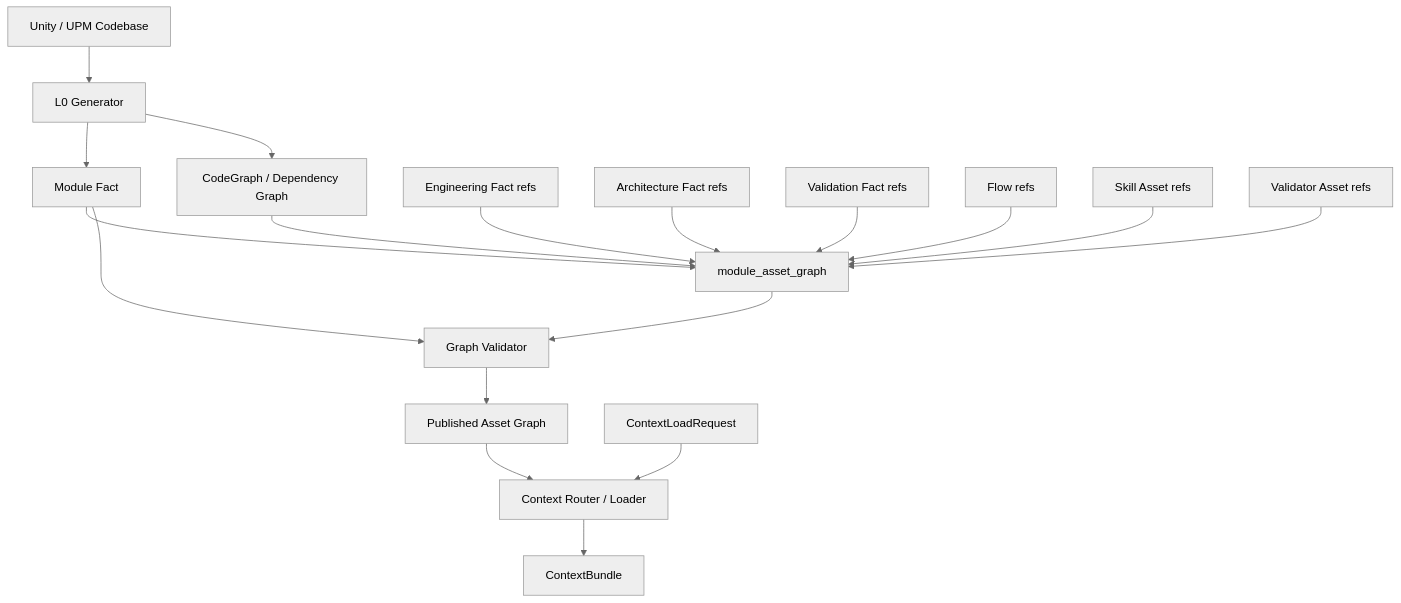
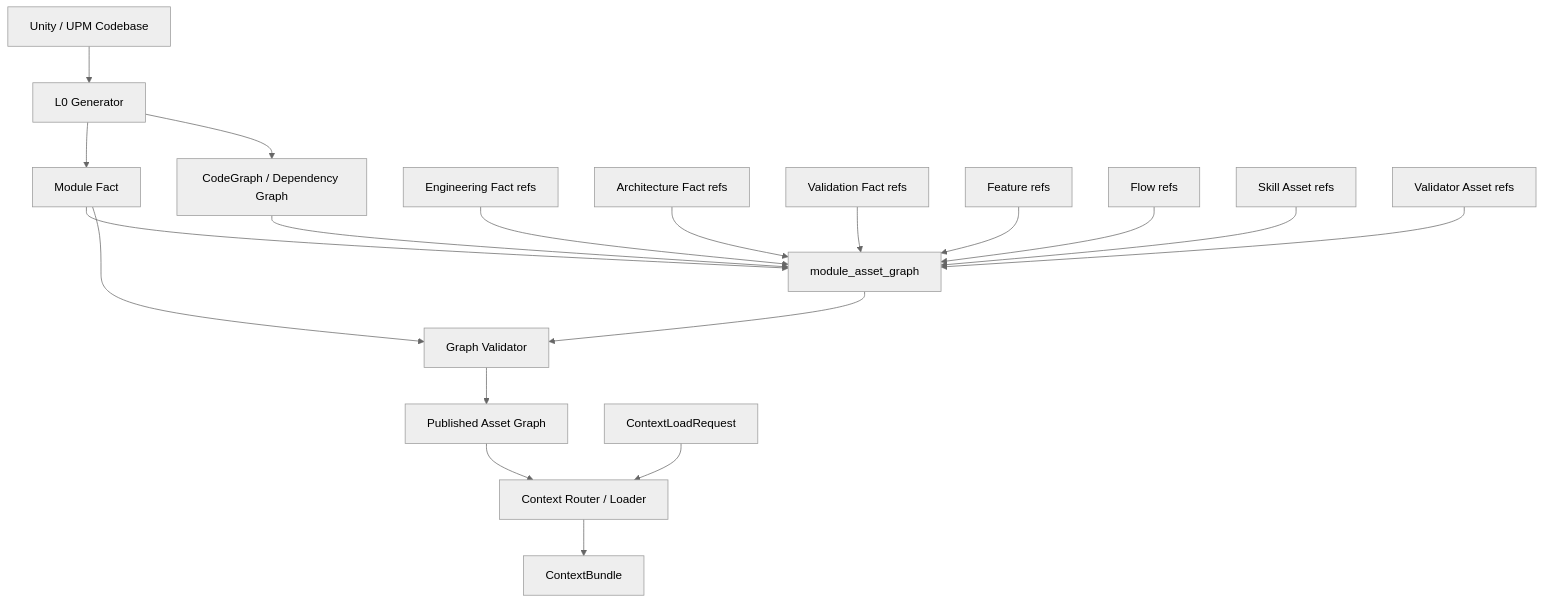
The third of 5 diagrams in docs/uconnect-context-management.zh.md (daihothot/uconnect), drawn with Mermaid (neutral theme) before and after one commit. The commit also changed other lines of this file, not shown here.

First line of the commit message:
docs: add Feature Asset and Requirement Asset documentation

````diff
--- a/docs/uconnect-context-management.zh.md
+++ b/docs/uconnect-context-management.zh.md
@@ -1155,23 +1222,24 @@
 ```mermaid
 flowchart TB
     Code[Unity / UPM Codebase] --> Generator[L0 Generator]
     Generator --> ModuleFact[Module Fact]
     Generator --> CodeGraph[CodeGraph / Dependency Graph]
     ModuleFact --> AssetGraph[module_asset_graph]
     CodeGraph --> AssetGraph
 
     L0Refs[Engineering Fact refs] --> AssetGraph
     L1Refs[Architecture Fact refs] --> AssetGraph
     L2Refs[Validation Fact refs] --> AssetGraph
+    FeatureRefs[Feature refs] --> AssetGraph
     FlowRefs[Flow refs] --> AssetGraph
     SkillRefs[Skill Asset refs] --> AssetGraph
     ValidatorRefs[Validator Asset refs] --> AssetGraph
 
     AssetGraph --> GraphCheck[Graph Validator]
     ModuleFact --> GraphCheck
     GraphCheck --> PublishedGraph[Published Asset Graph]
 
     Request[ContextLoadRequest] --> Router[Context Router / Loader]
     PublishedGraph --> Router
     Router --> Bundle[ContextBundle]
 ```
````
